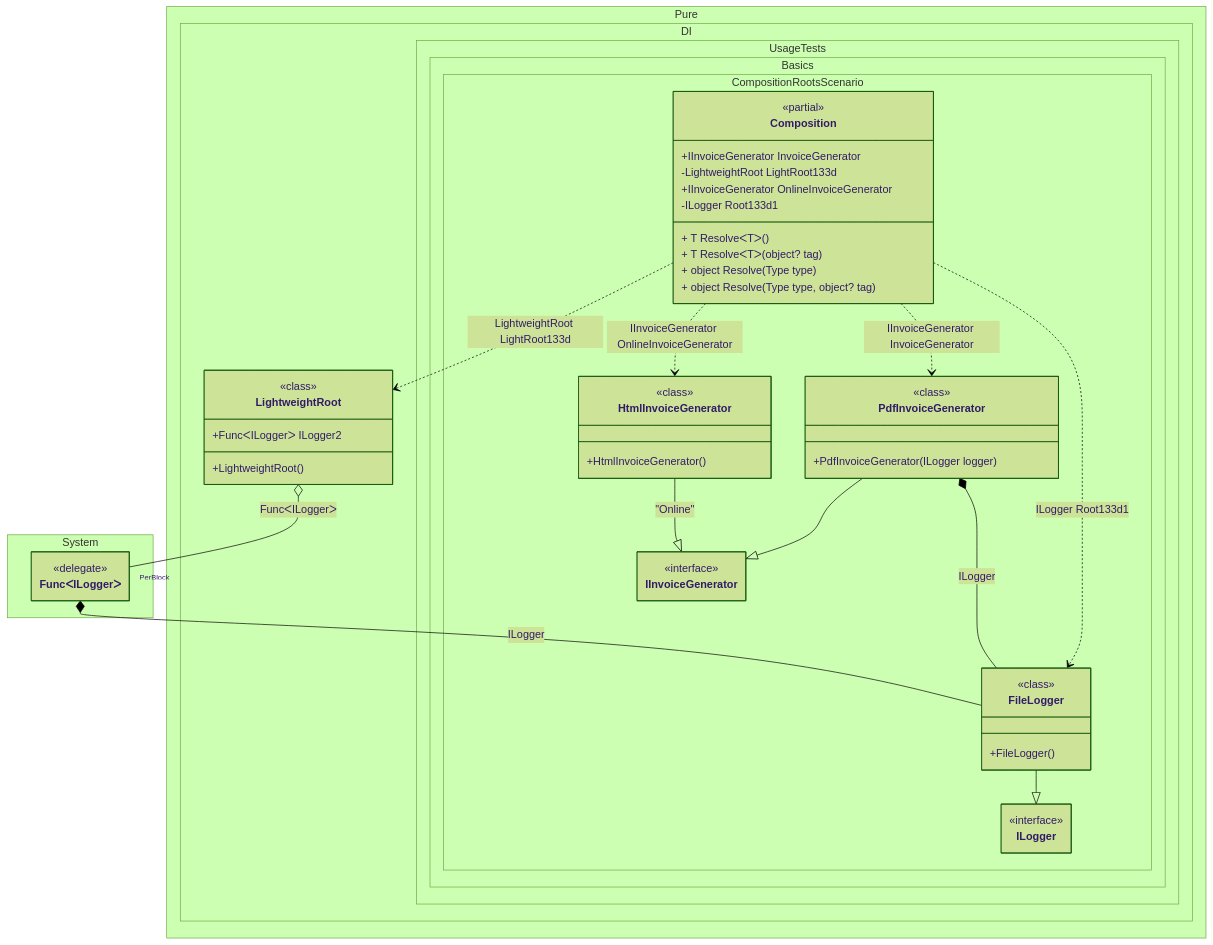
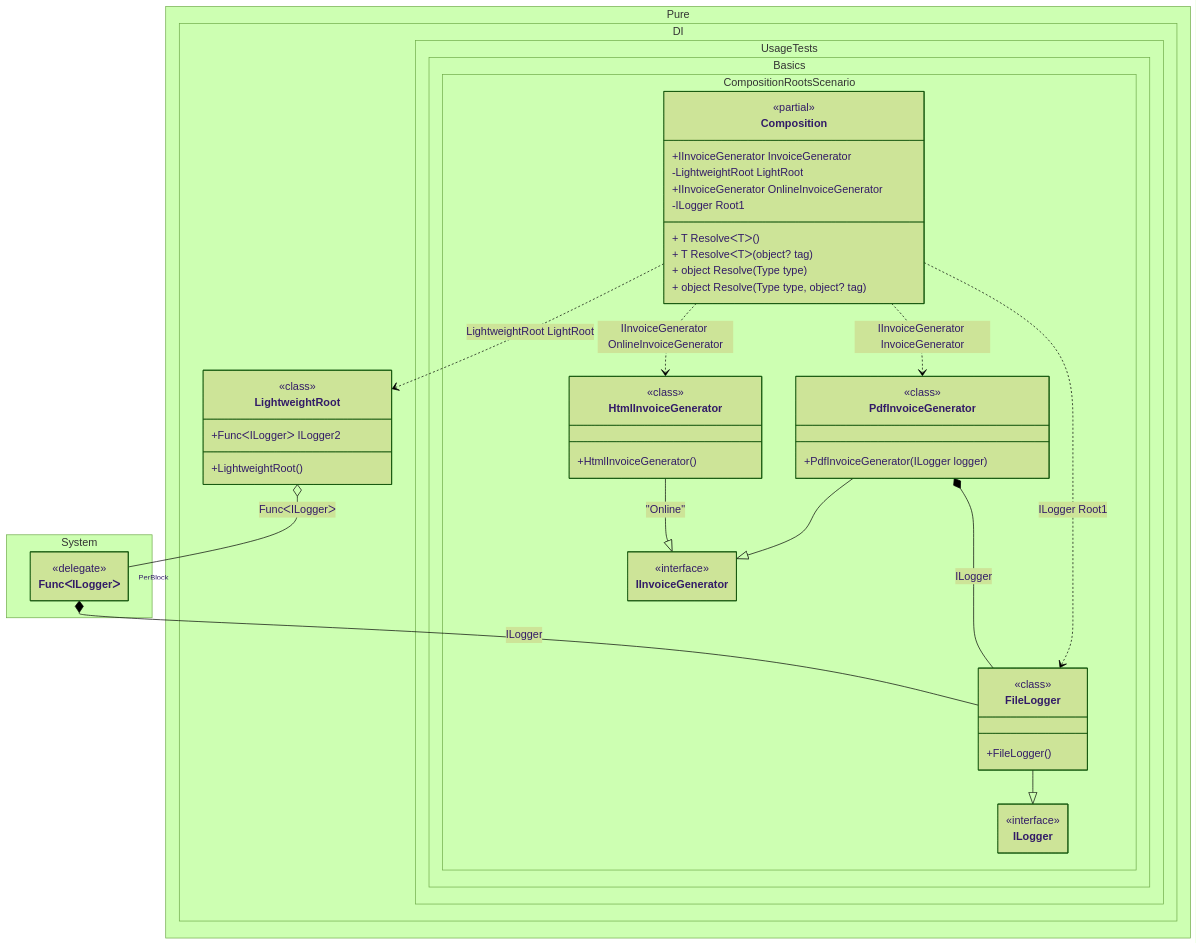
One commit to MaiKuraki/Pure.DI changed the diagram in readme/composition-roots.md. Above: the diagram before and after it, drawn with Mermaid (forest theme). The commit also changed 40 other files, not shown here.

````diff
--- a/readme/composition-roots.md
+++ b/readme/composition-roots.md
@@ -324,61 +324,61 @@
 ```mermaid
 ---
  config:
   class:
    hideEmptyMembersBox: true
 ---
 classDiagram
 	PdfInvoiceGenerator --|> IInvoiceGenerator
 	HtmlInvoiceGenerator --|> IInvoiceGenerator : "Online"
 	FileLogger --|> ILogger
-	Composition ..> LightweightRoot : LightweightRoot LightRoot133d
+	Composition ..> LightweightRoot : LightweightRoot LightRoot
 	Composition ..> HtmlInvoiceGenerator : IInvoiceGenerator OnlineInvoiceGenerator
-	Composition ..> FileLogger : ILogger Root133d1
+	Composition ..> FileLogger : ILogger Root1
 	Composition ..> PdfInvoiceGenerator : IInvoiceGenerator InvoiceGenerator
 	PdfInvoiceGenerator *-- FileLogger : ILogger
 	LightweightRoot o-- "PerBlock" FuncᐸILoggerᐳ : FuncᐸILoggerᐳ
 	FuncᐸILoggerᐳ *-- FileLogger : ILogger
 	namespace Pure.DI {
 		class LightweightRoot {
 				<<class>>
 			+LightweightRoot()
 			+FuncᐸILoggerᐳ ILogger2
 		}
 	}
 	namespace Pure.DI.UsageTests.Basics.CompositionRootsScenario {
 		class Composition {
 		<<partial>>
 		+IInvoiceGenerator InvoiceGenerator
-		-LightweightRoot LightRoot133d
+		-LightweightRoot LightRoot
 		+IInvoiceGenerator OnlineInvoiceGenerator
-		-ILogger Root133d1
+		-ILogger Root1
 		+ T ResolveᐸTᐳ()
 		+ T ResolveᐸTᐳ(object? tag)
 		+ object Resolve(Type type)
 		+ object Resolve(Type type, object? tag)
 		}
 		class FileLogger {
 				<<class>>
 			+FileLogger()
 		}
 		class HtmlInvoiceGenerator {
 				<<class>>
 			+HtmlInvoiceGenerator()
 		}
 		class IInvoiceGenerator {
 			<<interface>>
 		}
 		class ILogger {
 			<<interface>>
 		}
 		class PdfInvoiceGenerator {
 				<<class>>
 			+PdfInvoiceGenerator(ILogger logger)
 		}
 	}
 	namespace System {
 		class FuncᐸILoggerᐳ {
 				<<delegate>>
 		}
 	}
 ```
````
